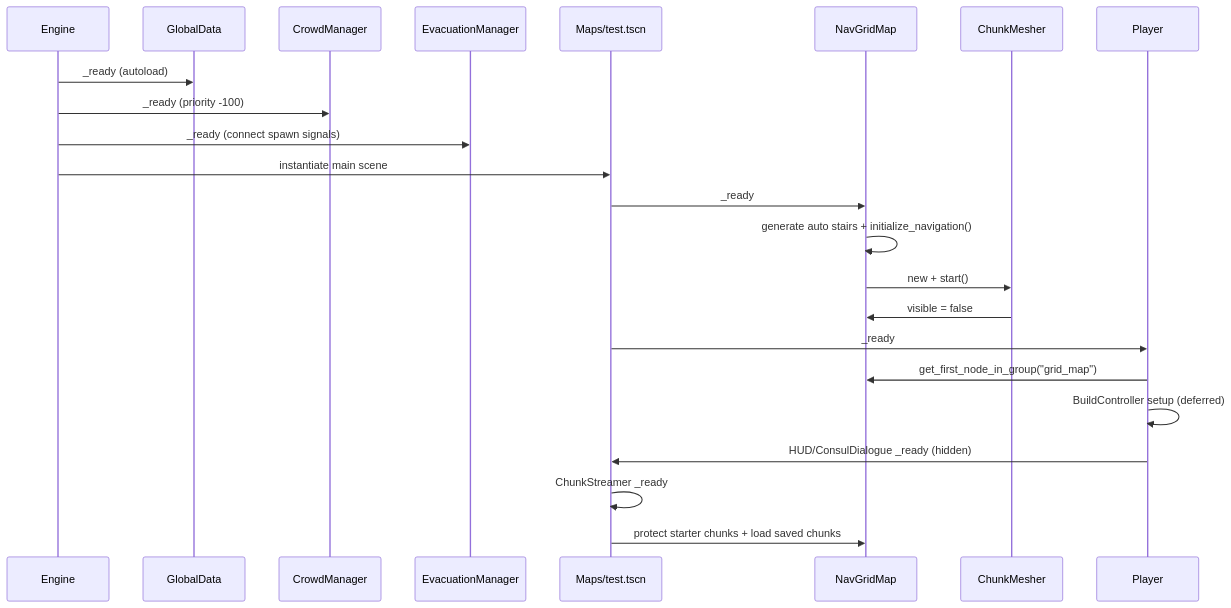
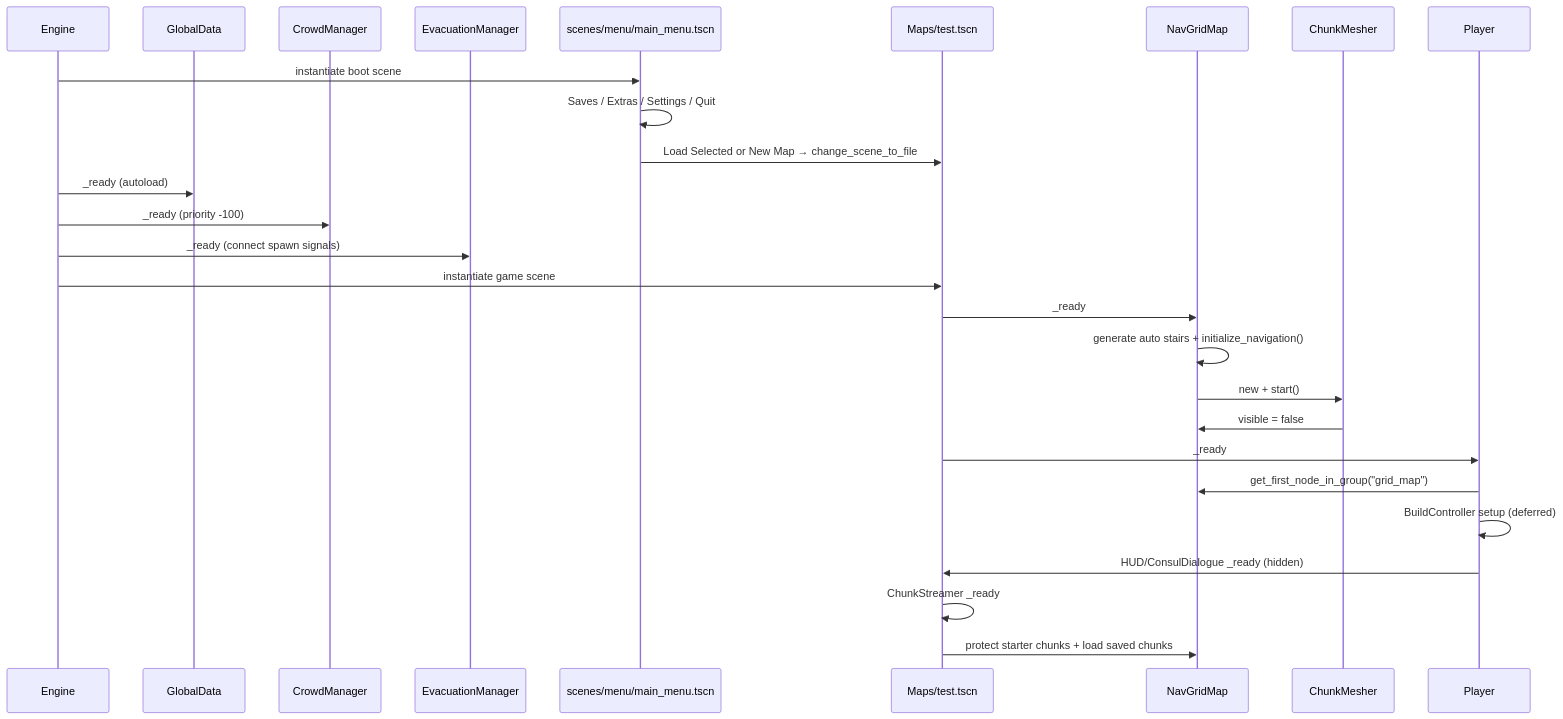
Before and after one commit to edlawrence2008-sys/Evacuation_Route_Optimizer: the first of 3 diagrams in docs/CODEBASE_ANALYSIS.md, drawn with Mermaid. The commit also changed other lines of this file and 46 other files, not shown here.

````diff
--- a/docs/CODEBASE_ANALYSIS.md
+++ b/docs/CODEBASE_ANALYSIS.md
@@ -984,26 +932,30 @@
 ```mermaid
 sequenceDiagram
     participant Engine
     participant GlobalData
     participant CrowdManager
     participant EvacuationManager
+    participant Menu as scenes/menu/main_menu.tscn
     participant Test as Maps/test.tscn
     participant Grid as NavGridMap
     participant Mesher as ChunkMesher
     participant Player
 
+    Engine->>Menu: instantiate boot scene
+    Menu->>Menu: Saves / Extras / Settings / Quit
+    Menu->>Test: Load Selected or New Map → change_scene_to_file
     Engine->>GlobalData: _ready (autoload)
     Engine->>CrowdManager: _ready (priority -100)
     Engine->>EvacuationManager: _ready (connect spawn signals)
-    Engine->>Test: instantiate main scene
+    Engine->>Test: instantiate game scene
     Test->>Grid: _ready
     Grid->>Grid: generate auto stairs + initialize_navigation()
     Grid->>Mesher: new + start()
     Mesher->>Grid: visible = false
     Test->>Player: _ready
     Player->>Grid: get_first_node_in_group("grid_map")
     Player->>Player: BuildController setup (deferred)
     Player->>Test: HUD/ConsulDialogue _ready (hidden)
     Test->>Test: ChunkStreamer _ready
     Test->>Grid: protect starter chunks + load saved chunks
 ```
````
